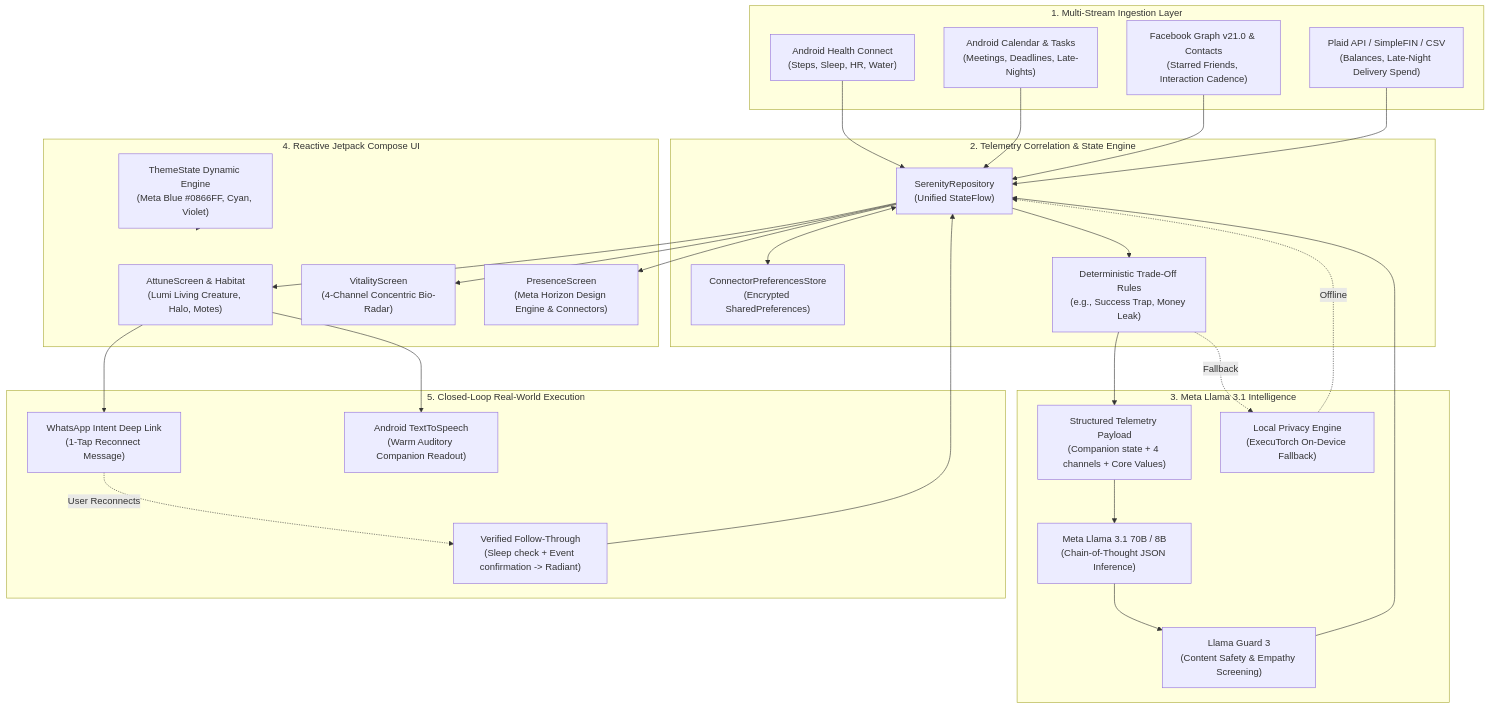
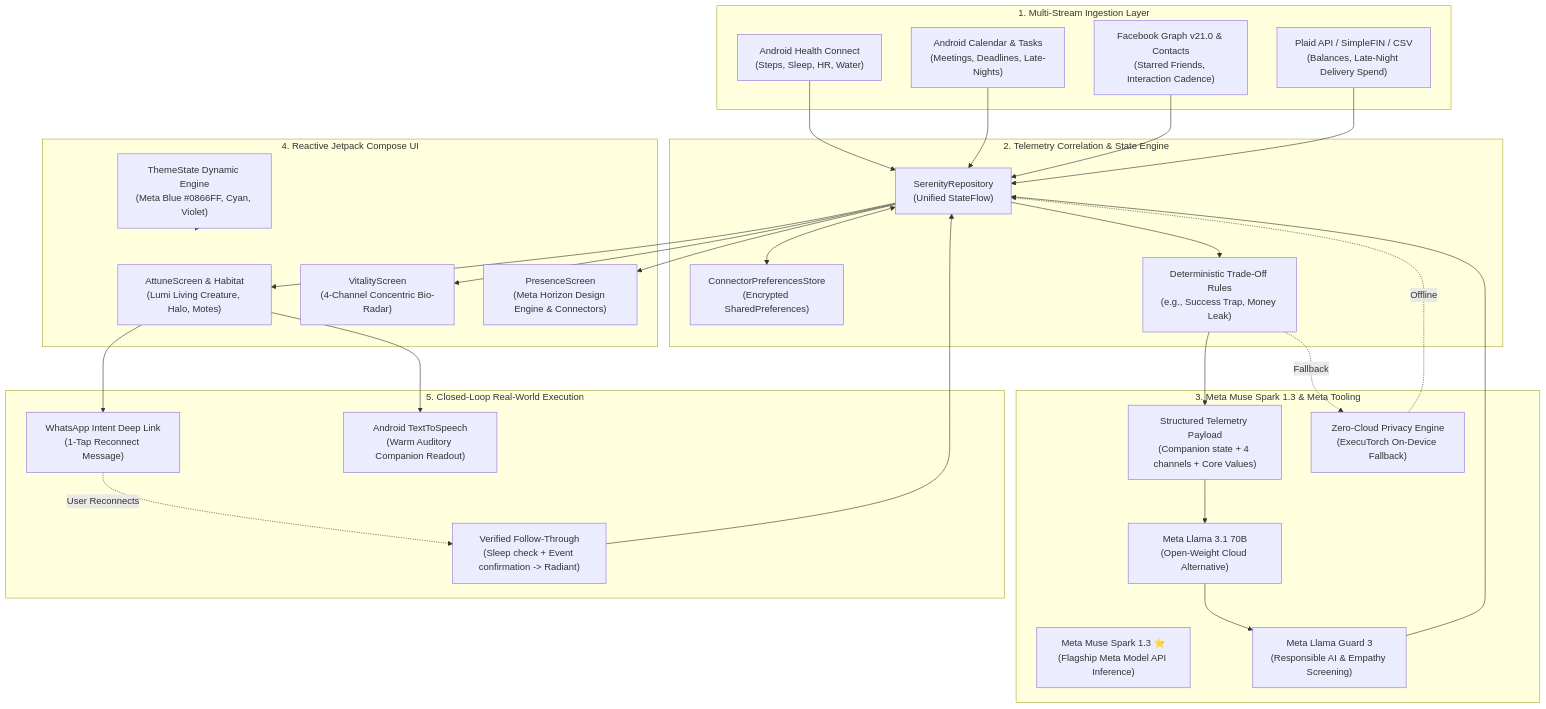
One commit to ashrafi/LifeSOS changed the first of 2 diagrams in README.md. Above: the diagram before and after it, drawn with Mermaid. The commit also changed other lines of this file and 8 other files, not shown here.

Commit message:
Elevate Meta Muse Spark 1.3 through Meta Model API as primary intelligence star with direct BYOK

````diff
--- a/README.md
+++ b/README.md
@@ -73,59 +101,60 @@
 ```mermaid
 flowchart TD
     subgraph DataSources["1. Multi-Stream Ingestion Layer"]
         HC["Android Health Connect<br/>(Steps, Sleep, HR, Water)"]
         CAL["Android Calendar & Tasks<br/>(Meetings, Deadlines, Late-Nights)"]
         SOC["Facebook Graph v21.0 & Contacts<br/>(Starred Friends, Interaction Cadence)"]
         FIN["Plaid API / SimpleFIN / CSV<br/>(Balances, Late-Night Delivery Spend)"]
     end
 
     subgraph CoreEngine["2. Telemetry Correlation & State Engine"]
         REPO["SerenityRepository<br/>(Unified StateFlow)"]
         STORE["ConnectorPreferencesStore<br/>(Encrypted SharedPreferences)"]
         RULES["Deterministic Trade-Off Rules<br/>(e.g., Success Trap, Money Leak)"]
     end
 
-    subgraph LlamaBrain["3. Meta Llama 3.1 Intelligence"]
+    subgraph MetaIntelligence["3. Meta Muse Spark 1.3 & Meta Tooling"]
         PROMPT["Structured Telemetry Payload<br/>(Companion state + 4 channels + Core Values)"]
-        LLAMA["Meta Llama 3.1 70B / 8B<br/>(Chain-of-Thought JSON Inference)"]
-        GUARD["Llama Guard 3<br/>(Content Safety & Empathy Screening)"]
-        LOCAL["Local Privacy Engine<br/>(ExecuTorch On-Device Fallback)"]
+        SPARK["Meta Muse Spark 1.3 ⭐<br/>(Flagship Meta Model API Inference)"]
+        LLAMA["Meta Llama 3.1 70B<br/>(Open-Weight Cloud Alternative)"]
+        GUARD["Meta Llama Guard 3<br/>(Responsible AI & Empathy Screening)"]
+        LOCAL["Zero-Cloud Privacy Engine<br/>(ExecuTorch On-Device Fallback)"]
     end
 
     subgraph UIExperience["4. Reactive Jetpack Compose UI"]
         HABITAT["AttuneScreen & Habitat<br/>(Lumi Living Creature, Halo, Motes)"]
         RADAR["VitalityScreen<br/>(4-Channel Concentric Bio-Radar)"]
         SETTINGS["PresenceScreen<br/>(Meta Horizon Design Engine & Connectors)"]
         THEME["ThemeState Dynamic Engine<br/>(Meta Blue #0866FF, Cyan, Violet)"]
     end
 
     subgraph Actions["5. Closed-Loop Real-World Execution"]
         WA["WhatsApp Intent Deep Link<br/>(1-Tap Reconnect Message)"]
         VOICE["Android TextToSpeech<br/>(Warm Auditory Companion Readout)"]
         VERIFY["Verified Follow-Through<br/>(Sleep check + Event confirmation -> Radiant)"]
     end
 
     HC --> REPO
     CAL --> REPO
     SOC --> REPO
     FIN --> REPO
     REPO <--> STORE
     REPO --> RULES
 
     RULES --> PROMPT
     PROMPT --> LLAMA
     LLAMA --> GUARD
     GUARD --> REPO
     RULES -. Fallback .-> LOCAL
     LOCAL -. Offline .-> REPO
 
     REPO --> HABITAT
     REPO --> RADAR
     REPO --> SETTINGS
     THEME --> UIExperience
 
     HABITAT --> WA
     HABITAT --> VOICE
     WA -. User Reconnects .-> VERIFY
     VERIFY --> REPO
 ```
````
